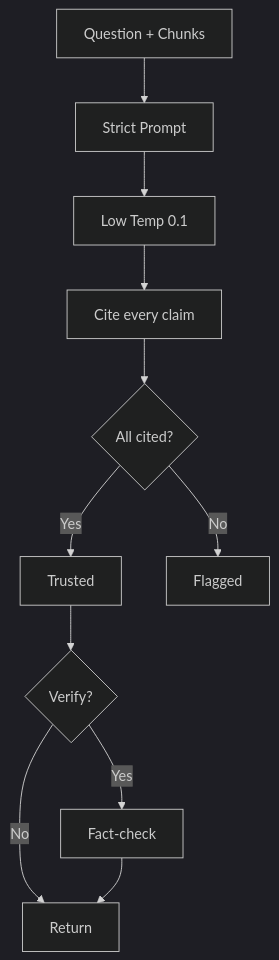
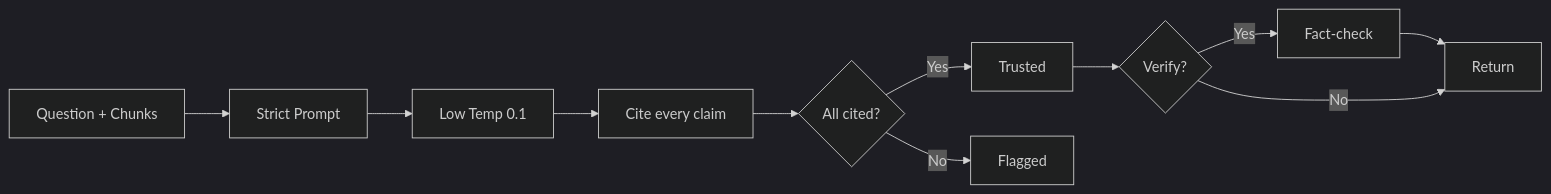
The fourth of 4 diagrams in README.md (prthmmkhija1/RAGsystem), drawn with Mermaid (dark theme) before and after one commit. The commit also changed other lines of this file, not shown here.

````diff
--- a/README.md
+++ b/README.md
@@ -181,13 +173,9 @@
 ```mermaid
-flowchart TD
-    A[Question + Chunks] --> B[Strict Prompt]
-    B --> C[Low Temp 0.1]
-    C --> D[Cite every claim]
+flowchart LR
+    A[Question + Chunks] --> B[Strict Prompt] --> C[Low Temp 0.1] --> D[Cite every claim]
     D --> E{All cited?}
-    E -->|Yes| F[Trusted]
+    E -->|Yes| F[Trusted] --> H{Verify?}
     E -->|No| G[Flagged]
-    F --> H{Verify?}
-    H -->|Yes| I[Fact-check]
-    H -->|No| J[Return]
-    I --> J
+    H -->|Yes| I[Fact-check] --> J[Return]
+    H -->|No| J
 ```
````
